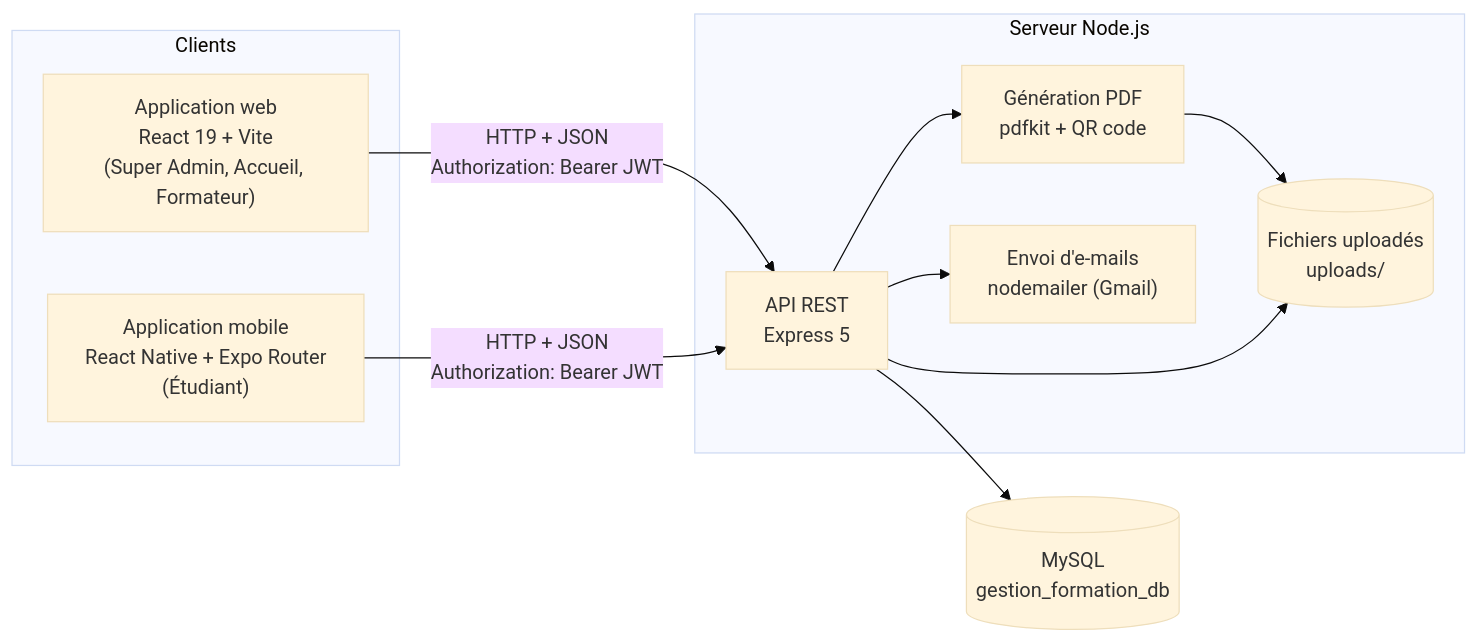
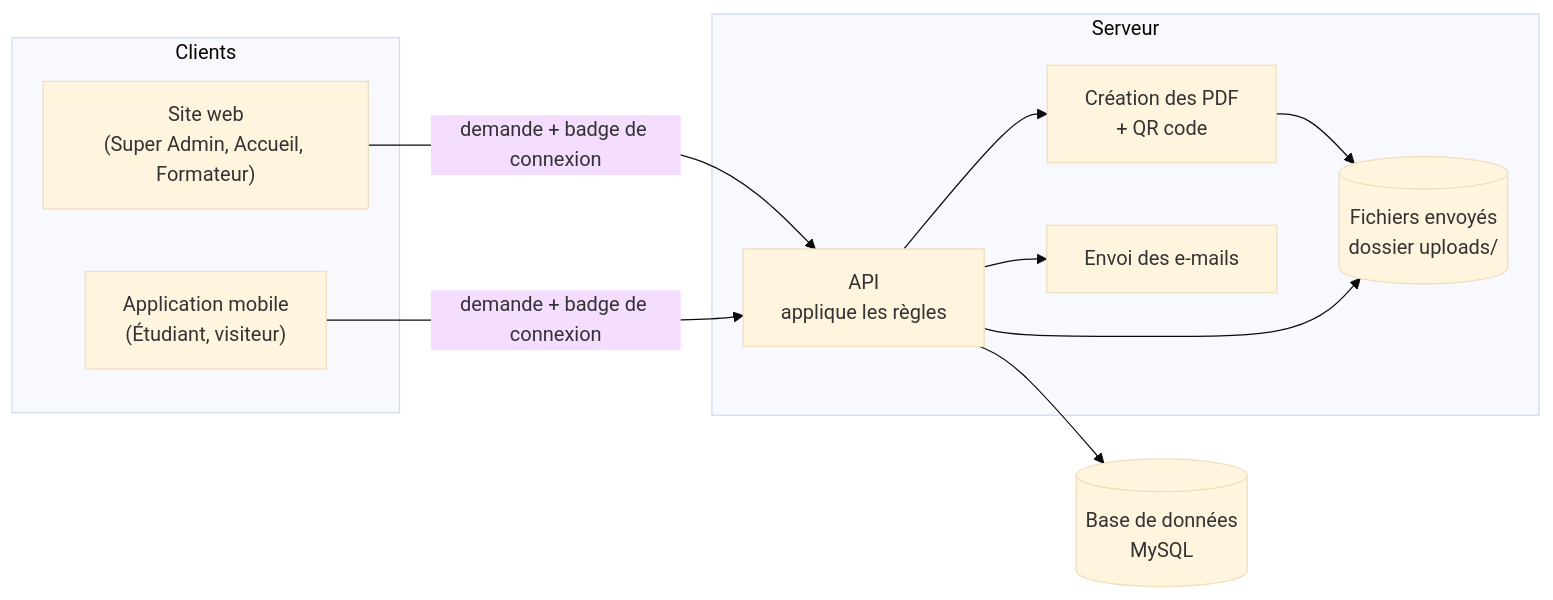
The second of 23 diagrams in FLUX-APPLICATION.md (eliaTolojanahary/gestionFormation_stage), drawn with Mermaid (base theme) before and after one commit. The commit also changed other lines of this file and 69 other files, not shown here.

````diff
--- a/FLUX-APPLICATION.md
+++ b/FLUX-APPLICATION.md
@@ -65,23 +459,23 @@
 ```mermaid
 flowchart LR
     subgraph Clients
-        W["Application web<br/>React 19 + Vite<br/>(Super Admin, Accueil, Formateur)"]
-        M["Application mobile<br/>React Native + Expo Router<br/>(Étudiant)"]
+        W["Site web<br/>(Super Admin, Accueil, Formateur)"]
+        M["Application mobile<br/>(Étudiant, visiteur)"]
     end
 
-    subgraph Serveur["Serveur Node.js"]
-        API["API REST<br/>Express 5"]
-        PDF["Génération PDF<br/>pdfkit + QR code"]
-        MAIL["Envoi d'e-mails<br/>nodemailer (Gmail)"]
-        FS[("Fichiers uploadés<br/>uploads/")]
+    subgraph Serveur["Serveur"]
+        API["API<br/>applique les règles"]
+        PDF["Création des PDF<br/>+ QR code"]
+        MAIL["Envoi des e-mails"]
+        FS[("Fichiers envoyés<br/>dossier uploads/")]
     end
 
-    DB[("MySQL<br/>gestion_formation_db")]
+    DB[("Base de données<br/>MySQL")]
 
-    W -- "HTTP + JSON<br/>Authorization: Bearer JWT" --> API
-    M -- "HTTP + JSON<br/>Authorization: Bearer JWT" --> API
+    W -- "demande + badge de connexion" --> API
+    M -- "demande + badge de connexion" --> API
     API --> DB
     API --> PDF --> FS
     API --> MAIL
     API --> FS
 ```
````
